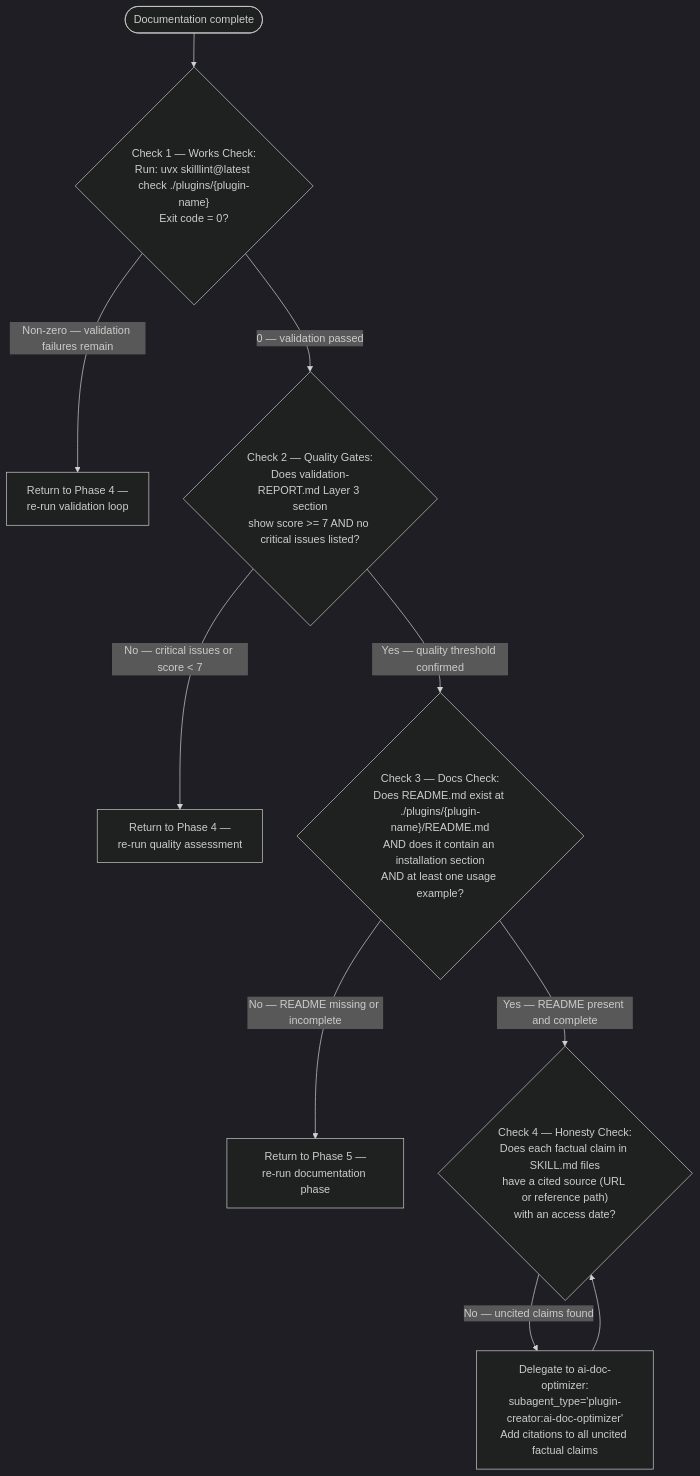
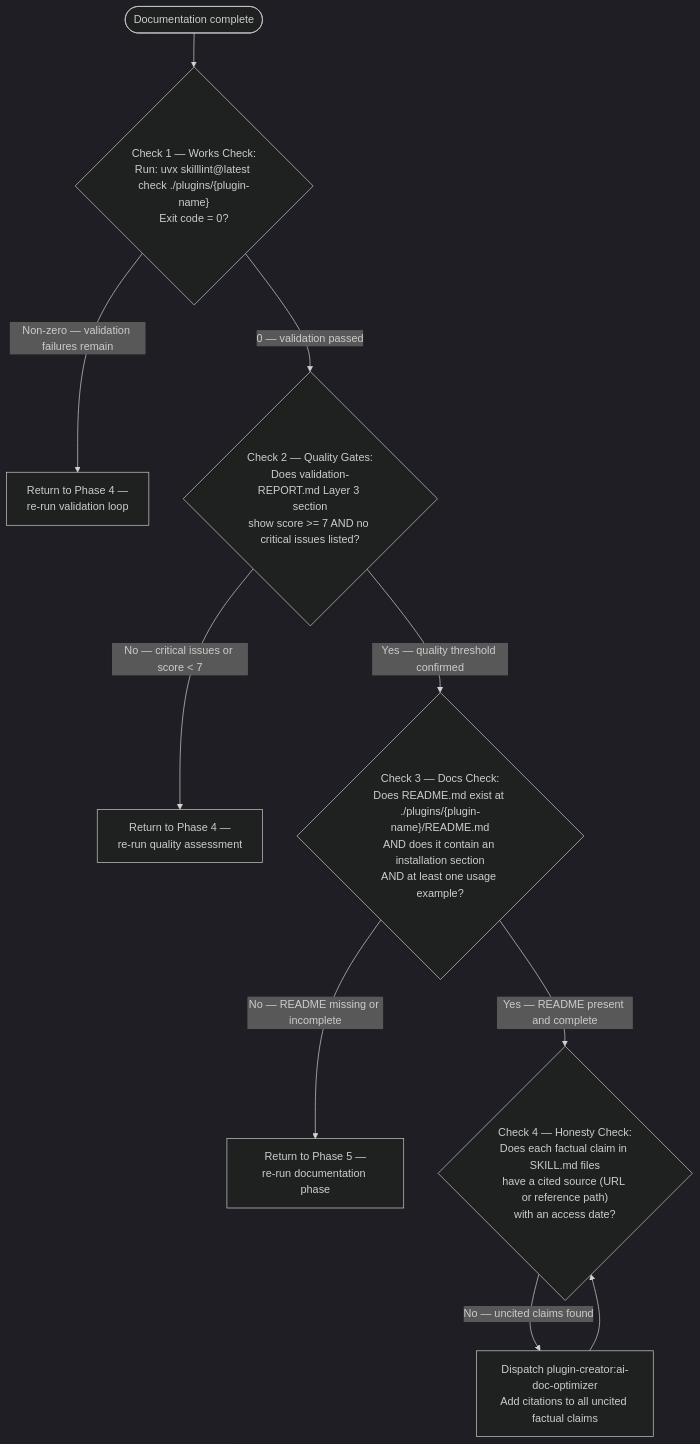
One commit to Jamie-BitFlight/claude_skills changed the ninth of 12 diagrams in plugins/plugin-creator/skills/plugin-creator/references/workflow-diagram.md. Above: the diagram before and after it, drawn with Mermaid (dark theme). The commit also changed other lines of this file and 84 other files, not shown here.

Commit message:
refactor(plugin-creator): trim agent guidance

````diff
--- a/plugins/plugin-creator/skills/plugin-creator/references/workflow-diagram.md
+++ b/plugins/plugin-creator/skills/plugin-creator/references/workflow-diagram.md
@@ -207,19 +207,19 @@
 ```mermaid
 flowchart TD
     Start(["Documentation complete"]) --> Check1{"Check 1 — Works Check:<br>Run: uvx skilllint@latest check ./plugins/{plugin-name}<br>Exit code = 0?"}
 
     Check1 -->|"Non-zero — validation failures remain"| Fix1["Return to Phase 4 —<br>re-run validation loop"]
 
     Check1 -->|"0 — validation passed"| Check2{"Check 2 — Quality Gates:<br>Does validation-REPORT.md Layer 3 section<br>show score >= 7 AND no critical issues listed?"}
 
     Check2 -->|"No — critical issues or score < 7"| Fix2["Return to Phase 4 —<br>re-run quality assessment"]
 
     Check2 -->|"Yes — quality threshold confirmed"| Check3{"Check 3 — Docs Check:<br>Does README.md exist at ./plugins/{plugin-name}/README.md<br>AND does it contain an installation section<br>AND at least one usage example?"}
 
     Check3 -->|"No — README missing or incomplete"| Fix3["Return to Phase 5 —<br>re-run documentation phase"]
 
     Check3 -->|"Yes — README present and complete"| Check4{"Check 4 — Honesty Check:<br>Does each factual claim in SKILL.md files<br>have a cited source (URL or reference path)<br>with an access date?"}
 
-    Check4 -->|"No — uncited claims found"| Fix4["Delegate to ai-doc-optimizer:<br>subagent_type='plugin-creator:ai-doc-optimizer'<br>Add citations to all uncited factual claims"]
+    Check4 -->|"No — uncited claims found"| Fix4["Dispatch plugin-creator:ai-doc-optimizer<br>Add citations to all uncited factual claims"]
     Fix4 --> Check4
 ```
````
